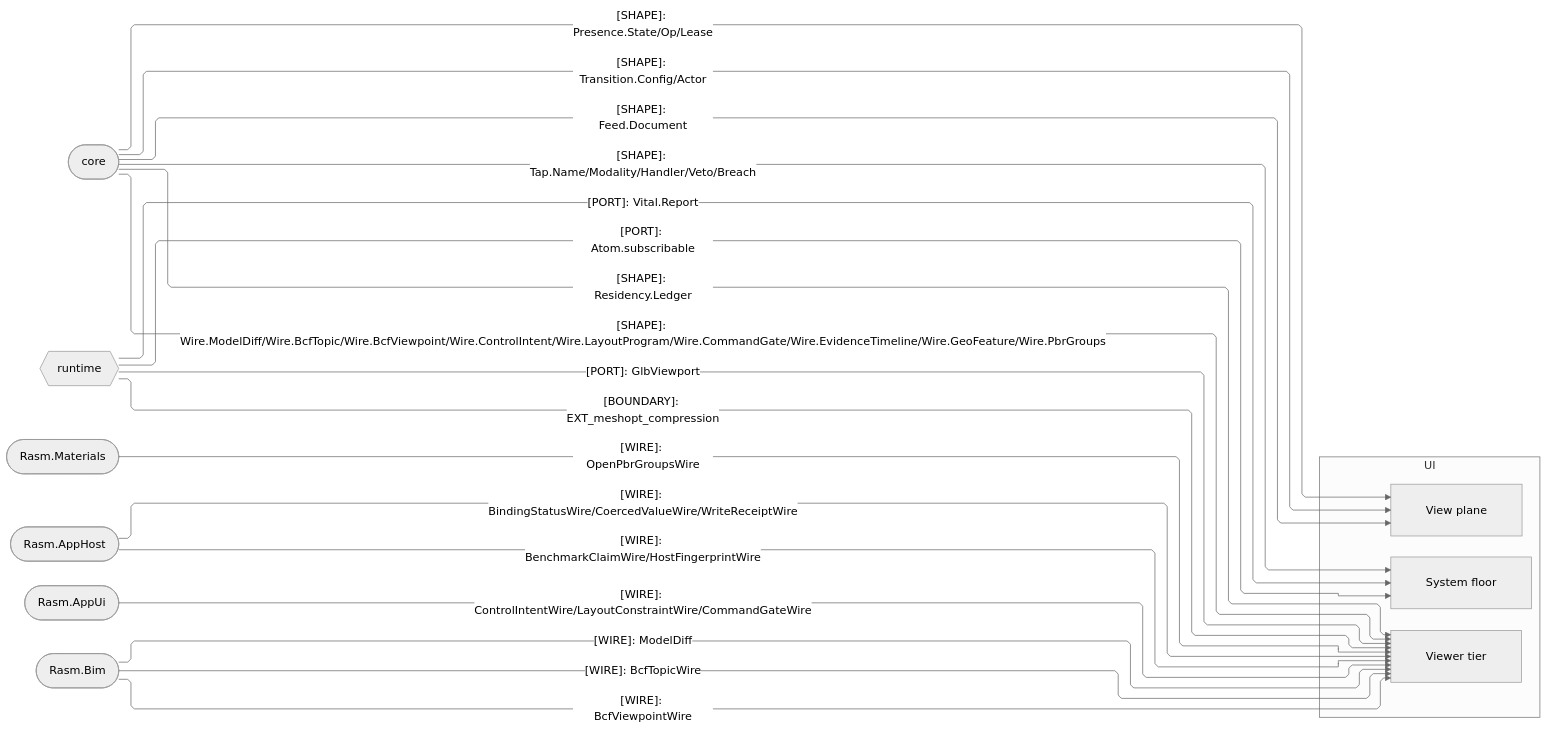
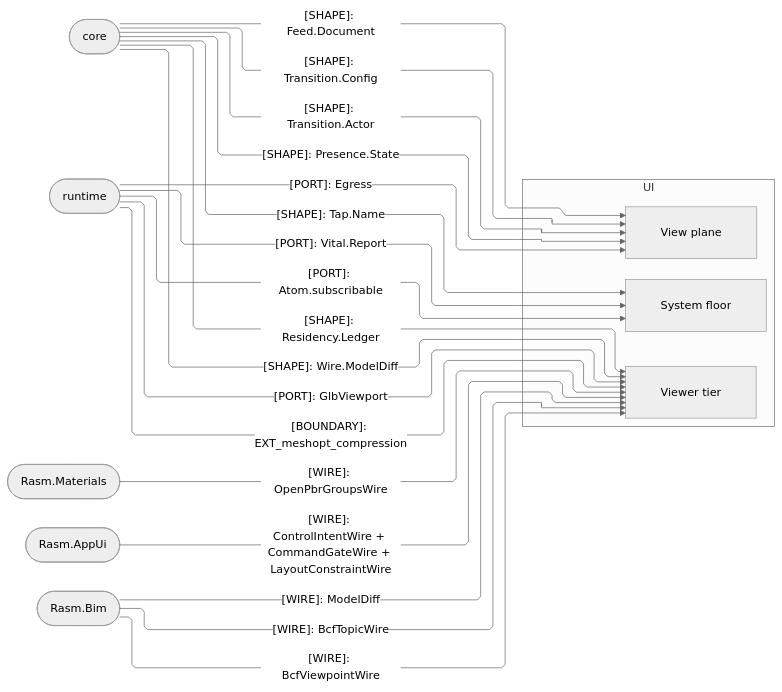
The second of 3 diagrams in libs/typescript/ui/ARCHITECTURE.md (bsamiee/Rasm), drawn with Mermaid (neutral theme) before and after one commit. The commit also changed other lines of this file and 115 other files, not shown here.

````diff
--- a/libs/typescript/ui/ARCHITECTURE.md
+++ b/libs/typescript/ui/ARCHITECTURE.md
@@ -101,40 +103,39 @@
 ```mermaid
 ---
 config:
   layout: elk
   flowchart:
     curve: linear
     padding: 25
 ---
 flowchart LR
     accTitle: UI package seam registry
-    accDescr: UI owners exchanging value, wire, port, and receipt contracts with core, runtime, and the C# packages; nodes classed by direction.
+    accDescr: Which value, wire, port, and receipt contracts cross between the ui owners and their core, runtime, and C# counterparts.
     subgraph ui[UI]
         System[System floor]
         View[View plane]
         Viewer[Viewer tier]
     end
     Core([core])
-    Runtime{{runtime}}
+    Runtime([runtime])
     Materials([Rasm.Materials])
-    AppHost([Rasm.AppHost])
     AppUi([Rasm.AppUi])
     Bim([Rasm.Bim])
     Core e1@-->|"[SHAPE]: Feed.Document"| View
-    Core e18@-->|"[SHAPE]: Transition.Config/Actor"| View
-    Core e19@-->|"[SHAPE]: Presence.State/Op/Lease"| View
-    Core e12@-->|"[SHAPE]: Residency.Ledger"| Viewer
-    Core e16@-->|"[SHAPE]: Wire.ModelDiff/Wire.BcfTopic/Wire.BcfViewpoint/Wire.ControlIntent/Wire.LayoutProgram/Wire.CommandGate/Wire.EvidenceTimeline/Wire.GeoFeature/Wire.PbrGroups"| Viewer
-    Runtime e2@-->|"[PORT]: Atom.subscribable"| System
-    Runtime e3@-->|"[PORT]: GlbViewport"| Viewer
-    Runtime e17@-->|"[PORT]: Vital.Report"| System
-    Runtime e4@-->|"[BOUNDARY]: EXT_meshopt_compression"| Viewer
-    Materials e5@-->|"[WIRE]: OpenPbrGroupsWire"| Viewer
-    AppHost e6@-->|"[WIRE]: BindingStatusWire/CoercedValueWire/WriteReceiptWire"| Viewer
-    AppHost e13@-->|"[WIRE]: BenchmarkClaimWire/HostFingerprintWire"| Viewer
-    AppUi e7@-->|"[WIRE]: ControlIntentWire/LayoutConstraintWire/CommandGateWire"| Viewer
-    Bim e9@-->|"[WIRE]: BcfTopicWire"| Viewer
-    Bim e10@-->|"[WIRE]: BcfViewpointWire"| Viewer
-    Bim e11@-->|"[WIRE]: ModelDiff"| Viewer
-    Core e15@-->|"[SHAPE]: Tap.Name/Modality/Handler/Veto/Breach"| System
+    Core e2@-->|"[SHAPE]: Transition.Config"| View
+    Core e3@-->|"[SHAPE]: Transition.Actor"| View
+    Core e4@-->|"[SHAPE]: Presence.State"| View
+    Core e5@-->|"[SHAPE]: Residency.Ledger"| Viewer
+    Core e6@-->|"[SHAPE]: Wire.ModelDiff"| Viewer
+    Core e7@-->|"[SHAPE]: Tap.Name"| System
+    Runtime e8@-->|"[PORT]: Atom.subscribable"| System
+    Runtime e9@-->|"[PORT]: GlbViewport"| Viewer
+    Runtime e10@-->|"[PORT]: Vital.Report"| System
+    Runtime e11@-->|"[BOUNDARY]: EXT_meshopt_compression"| Viewer
+    Runtime e12@-->|"[PORT]: Egress"| View
+    Materials e13@-->|"[WIRE]: OpenPbrGroupsWire"| Viewer
+    AppUi e14@-->|"[WIRE]: ControlIntentWire + CommandGateWire + LayoutConstraintWire"| Viewer
+    Bim e15@-->|"[WIRE]: BcfTopicWire"| Viewer
+    Bim e16@-->|"[WIRE]: BcfViewpointWire"| Viewer
+    Bim e17@-->|"[WIRE]: ModelDiff"| Viewer
 ```
````
